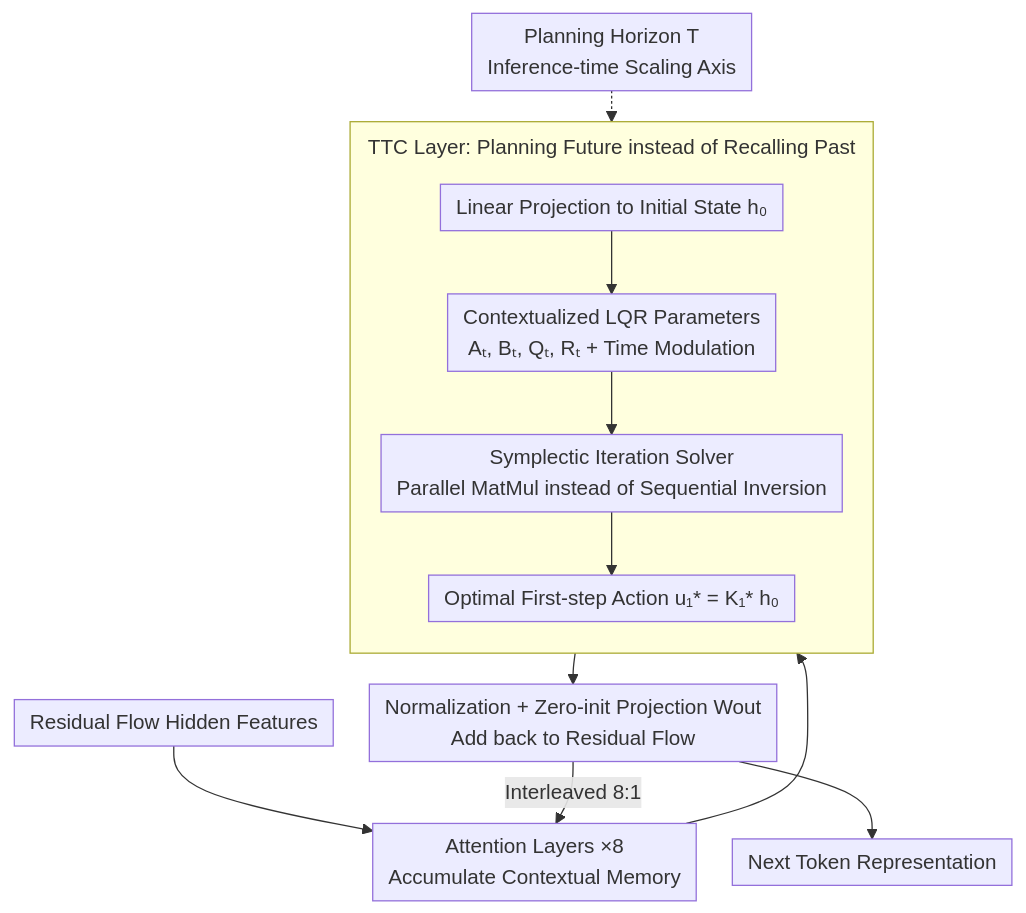
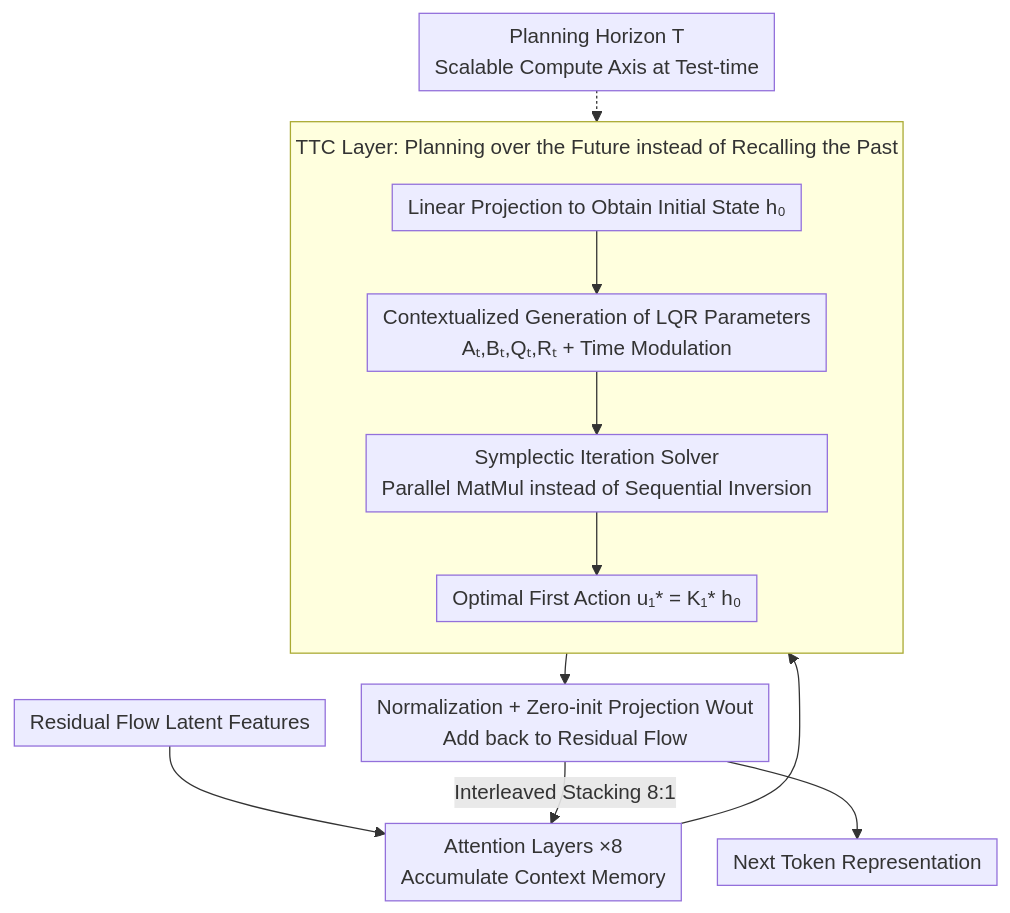
One commit to zhaoyang97/Paper-Notes-en changed the diagram in docs/ICML2026/llm_reasoning/beyond_test-time_memory_state-space_optimal_control_for_llm_reasoning.md. Above: the diagram before and after it, drawn with Mermaid. The commit also changed other lines of this file and 5084 other files, not shown here.

````diff
--- a/docs/ICML2026/llm_reasoning/beyond_test-time_memory_state-space_optimal_control_for_llm_reasoning.md
+++ b/docs/ICML2026/llm_reasoning/beyond_test-time_memory_state-space_optimal_control_for_llm_reasoning.md
@@ -46,16 +46,16 @@
 ```mermaid
 %%{init: {'flowchart': {'rankSpacing': 24, 'nodeSpacing': 28, 'padding': 6, 'wrappingWidth': 400, 'subGraphTitleMargin': {'top': 8, 'bottom': 16}}}}%%
 flowchart TD
-    A["Residual Flow Hidden Features"] --> B["Attention Layers ×8<br/>Accumulate Contextual Memory"]
-    B --> C["Linear Projection to Initial State h₀"]
-    subgraph TTC["TTC Layer: Planning Future instead of Recalling Past"]
+    A["Residual Flow Latent Features"] --> B["Attention Layers ×8<br/>Accumulate Context Memory"]
+    B --> C["Linear Projection to Obtain Initial State h₀"]
+    subgraph TTC["TTC Layer: Planning over the Future instead of Recalling the Past"]
         direction TB
-        C --> D["Contextualized LQR Parameters<br/>Aₜ, Bₜ, Qₜ, Rₜ + Time Modulation"]
+        C --> D["Contextualized Generation of LQR Parameters<br/>Aₜ,Bₜ,Qₜ,Rₜ + Time Modulation"]
         D --> E["Symplectic Iteration Solver<br/>Parallel MatMul instead of Sequential Inversion"]
-        E --> F["Optimal First-step Action u₁* = K₁* h₀"]
+        E --> F["Optimal First Action u₁* = K₁* h₀"]
     end
-    G["Planning Horizon T<br/>Inference-time Scaling Axis"] -.-> E
+    G["Planning Horizon T<br/>Scalable Compute Axis at Test-time"] -.-> E
     F --> H["Normalization + Zero-init Projection Wout<br/>Add back to Residual Flow"]
-    H -->|Interleaved 8:1| B
+    H -->|Interleaved Stacking 8:1| B
     H --> I["Next Token Representation"]
 ```
````
